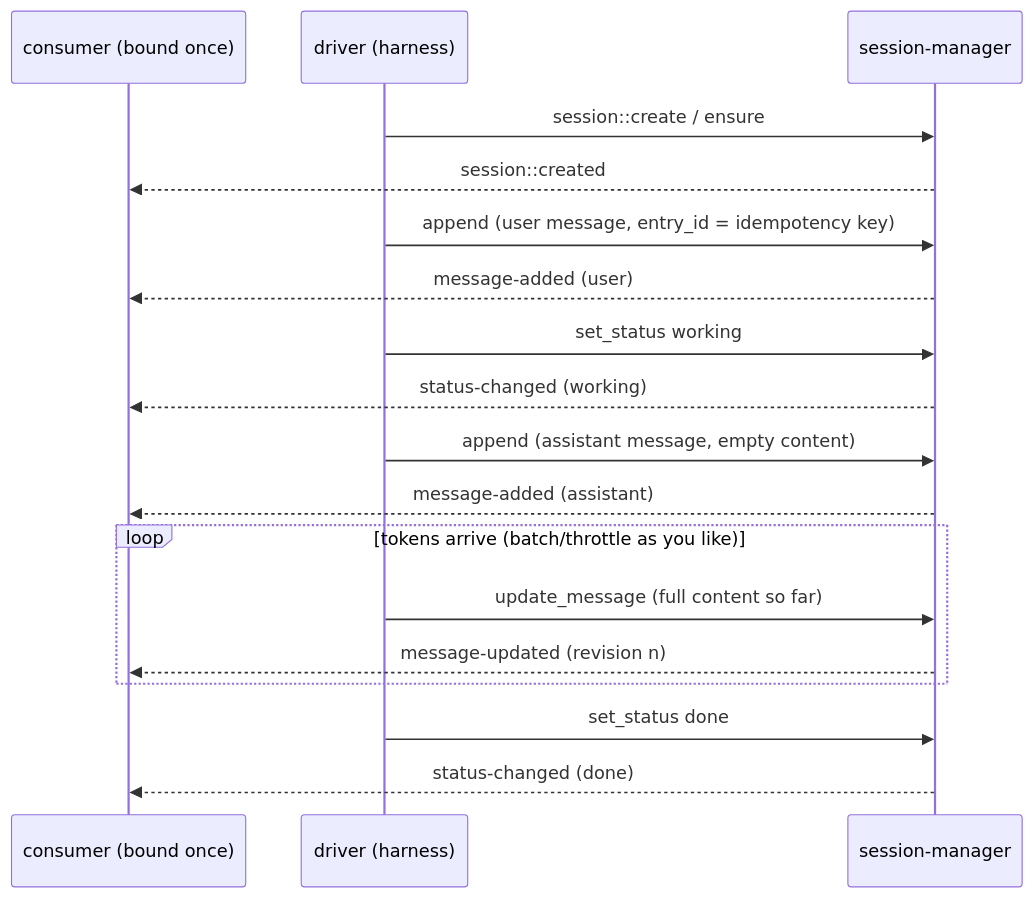
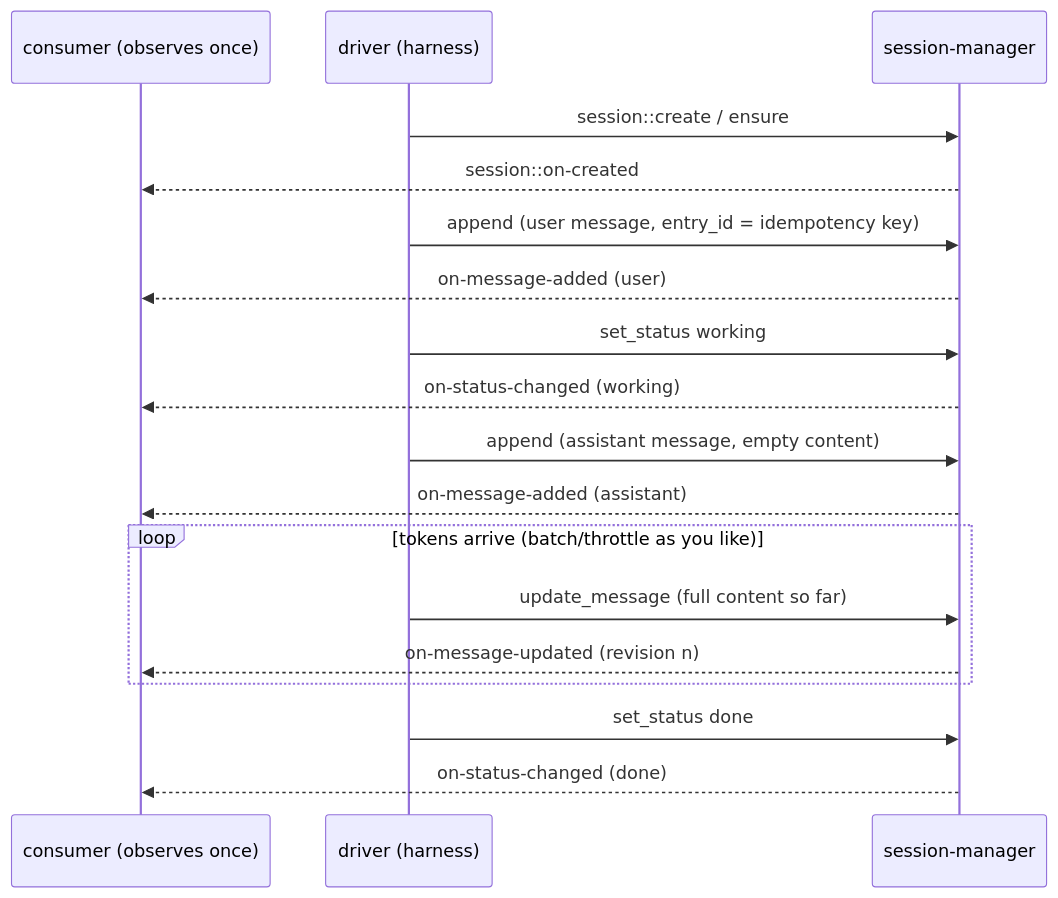
The first of 2 diagrams in session-manager/architecture/integration.md (iii-hq/workers), drawn with Mermaid before and after one commit. The commit also changed other lines of this file and 3315 other files, not shown here.

````diff
--- a/session-manager/architecture/integration.md
+++ b/session-manager/architecture/integration.md
@@ -419,20 +434,20 @@
 ```mermaid
 sequenceDiagram
-  participant UI as consumer (bound once)
+  participant UI as consumer (observes once)
   participant D as driver (harness)
   participant S as session-manager
   D->>S: session::create / ensure
-  S-->>UI: session::created
+  S-->>UI: session::on-created
   D->>S: append (user message, entry_id = idempotency key)
-  S-->>UI: message-added (user)
+  S-->>UI: on-message-added (user)
   D->>S: set_status working
-  S-->>UI: status-changed (working)
+  S-->>UI: on-status-changed (working)
   D->>S: append (assistant message, empty content)
-  S-->>UI: message-added (assistant)
+  S-->>UI: on-message-added (assistant)
   loop tokens arrive (batch/throttle as you like)
     D->>S: update_message (full content so far)
-    S-->>UI: message-updated (revision n)
+    S-->>UI: on-message-updated (revision n)
   end
   D->>S: set_status done
-  S-->>UI: status-changed (done)
+  S-->>UI: on-status-changed (done)
 ```
````
